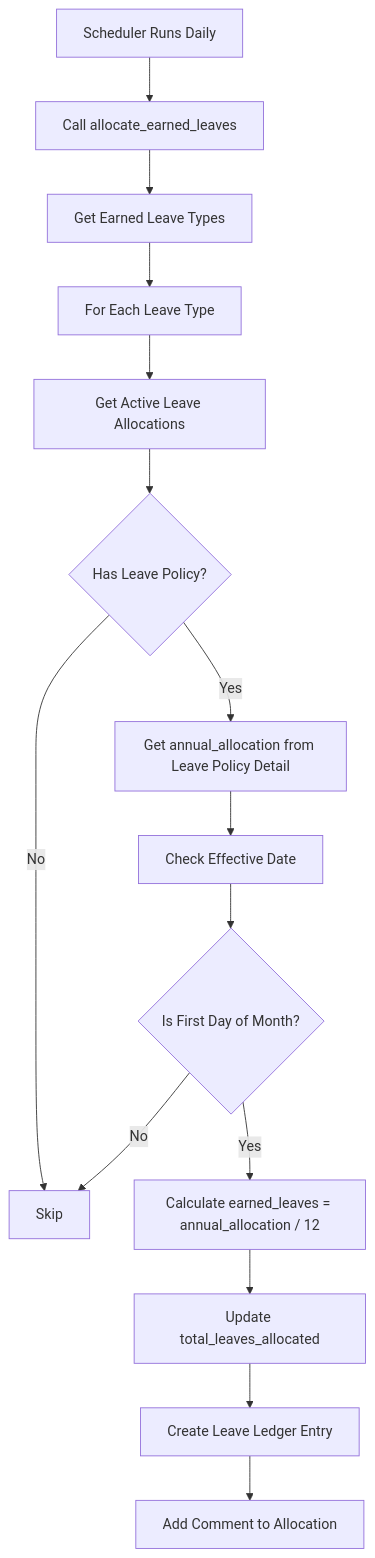
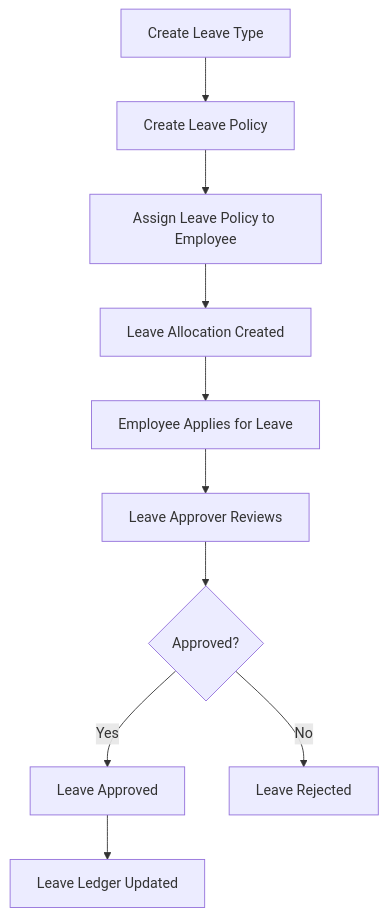
One commit to abdopcnet/tatweer_hr_advance changed the second of 6 diagrams in app_workflow.md. Above: the diagram before and after it, drawn with Mermaid. The commit also changed other lines of this file, not shown here.

````diff
--- a/app_workflow.md
+++ b/app_workflow.md
@@ -31,17 +22,12 @@
 ```mermaid
 flowchart TD
-    A[Scheduler Runs Daily] --> B[Call allocate_earned_leaves]
-    B --> C[Get Earned Leave Types]
-    C --> D[For Each Leave Type]
-    D --> E[Get Active Leave Allocations]
-    E --> F{Has Leave Policy?}
-    F -->|No| G[Skip]
-    F -->|Yes| H[Get annual_allocation from Leave Policy Detail]
-    H --> I[Check Effective Date]
-    I --> J{Is First Day of Month?}
-    J -->|No| G
-    J -->|Yes| K[Calculate earned_leaves = annual_allocation / 12]
-    K --> L[Update total_leaves_allocated]
-    L --> M[Create Leave Ledger Entry]
-    M --> N[Add Comment to Allocation]
+    A[Create Leave Type] --> B[Create Leave Policy]
+    B --> C[Assign Leave Policy to Employee]
+    C --> D[Leave Allocation Created]
+    D --> E[Employee Applies for Leave]
+    E --> F[Leave Approver Reviews]
+    F --> G{Approved?}
+    G -->|Yes| H[Leave Approved]
+    G -->|No| I[Leave Rejected]
+    H --> J[Leave Ledger Updated]
 ```
````
